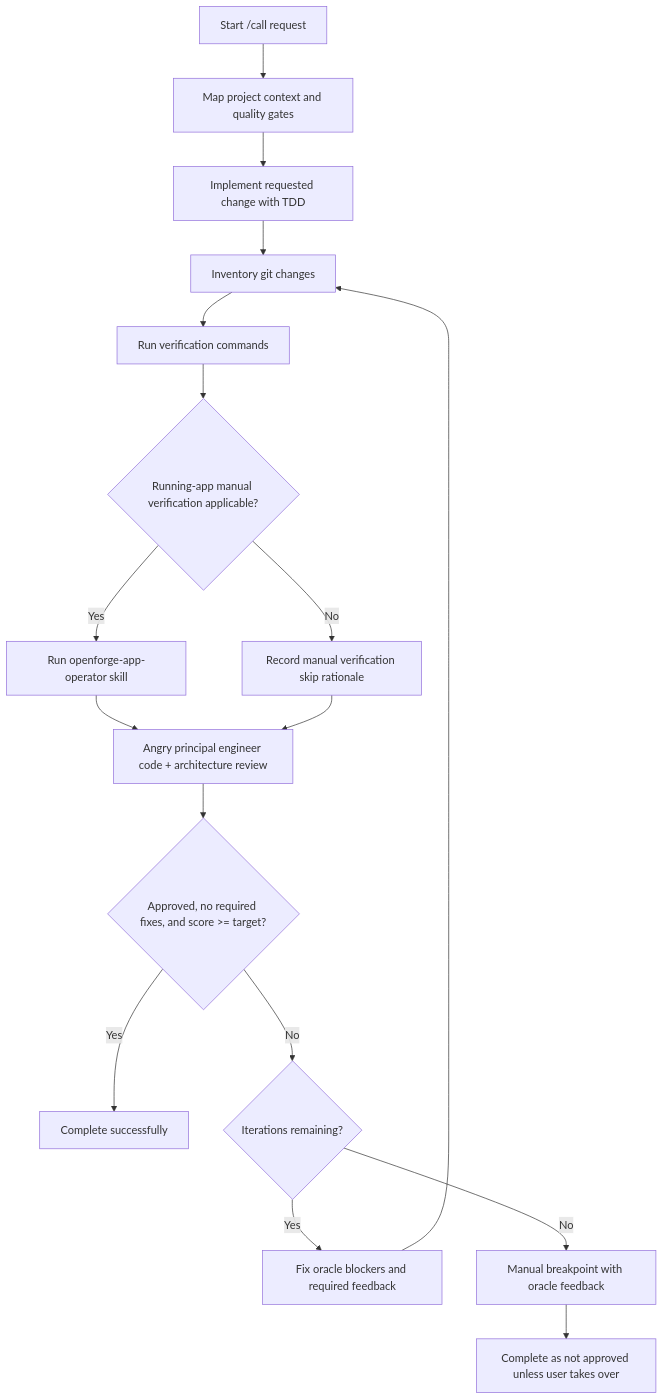
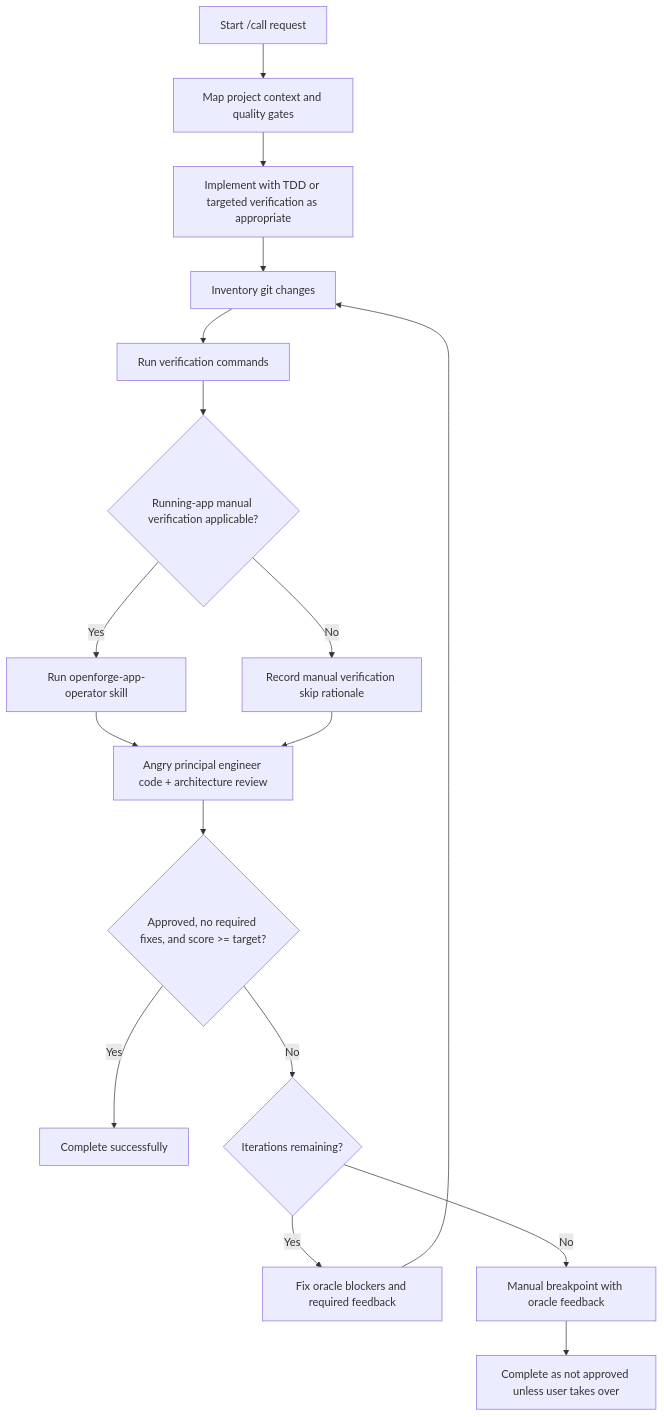
Before and after one commit to koenvangeert/openforge: the diagram in .a5c/processes/angry-oracle-code-change.mermaid.md, drawn with Mermaid. The commit also changed 6 other files, not shown here.

````diff
--- a/.a5c/processes/angry-oracle-code-change.mermaid.md
+++ b/.a5c/processes/angry-oracle-code-change.mermaid.md
@@ -3,19 +3,19 @@
 ```mermaid
 flowchart TD
     A[Start /call request] --> B[Map project context and quality gates]
-    B --> C[Implement requested change with TDD]
+    B --> C[Implement with TDD or targeted verification as appropriate]
     C --> D[Inventory git changes]
     D --> E[Run verification commands]
     E --> F{Running-app manual verification applicable?}
     F -- Yes --> G[Run openforge-app-operator skill]
     F -- No --> H[Record manual verification skip rationale]
     G --> I[Angry principal engineer code + architecture review]
     H --> I
     I --> J{Approved, no required fixes, and score >= target?}
     J -- Yes --> K[Complete successfully]
     J -- No --> L{Iterations remaining?}
     L -- Yes --> M[Fix oracle blockers and required feedback]
     M --> D
     L -- No --> N[Manual breakpoint with oracle feedback]
     N --> O[Complete as not approved unless user takes over]
 ```
````
